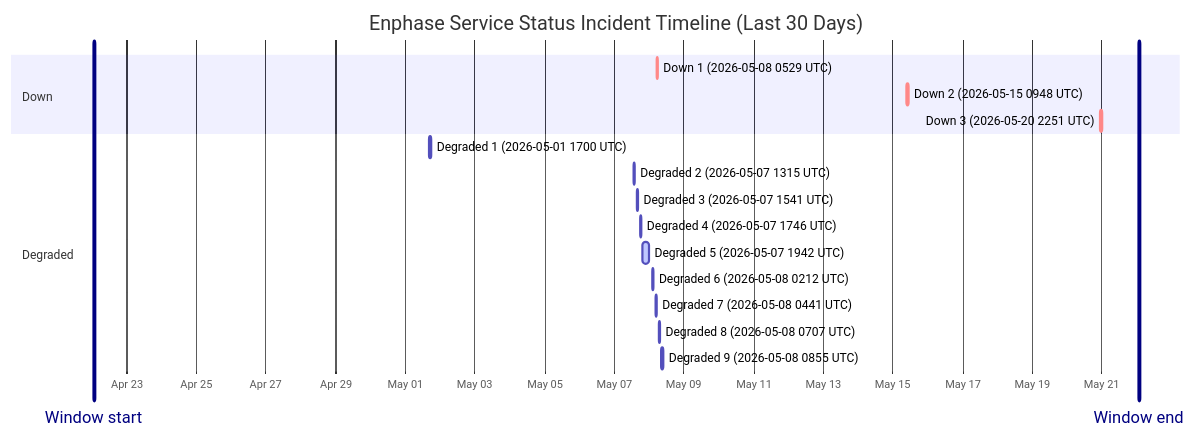
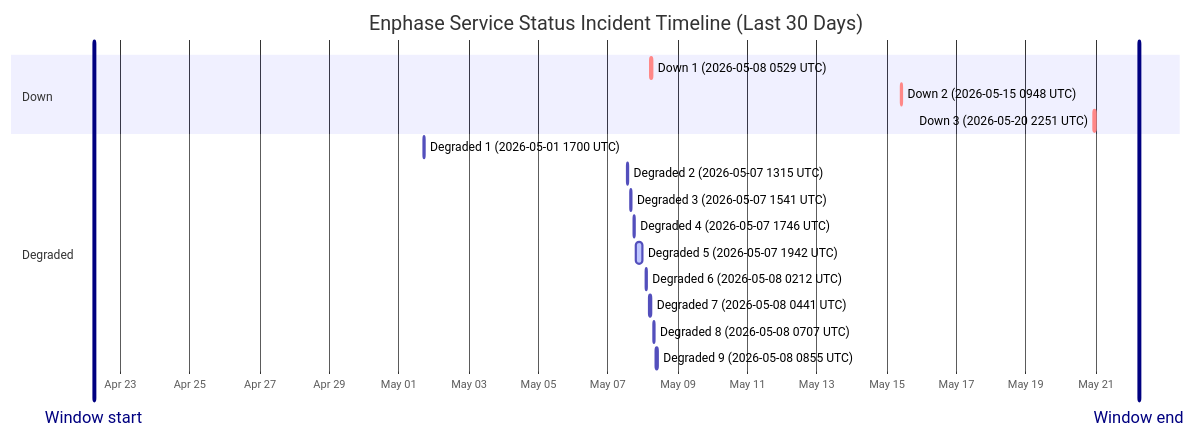
One commit to barneyonline/ha-enphase-ev-charger changed the diagram in wiki/Service-Status-History.md. Above: the diagram before and after it, drawn with Mermaid. The commit also changed other lines of this file and 3 other files, not shown here.

````diff
--- a/wiki/Service-Status-History.md
+++ b/wiki/Service-Status-History.md
@@ -14,22 +14,22 @@
 ```mermaid
 gantt
     title Enphase Service Status Incident Timeline (Last 30 Days)
     dateFormat  YYYY-MM-DDTHH:mm:ss
     axisFormat  %b %d
-    Window start :vert, window-start, 2026-04-22T01:28:22, 0ms
-    Window end :vert, window-end, 2026-05-22T01:28:22, 0ms
+    Window start :vert, window-start, 2026-04-22T05:43:07, 0ms
+    Window end :vert, window-end, 2026-05-22T05:43:07, 0ms
     section Down
     Down 1 (2026-05-08 0529 UTC) :crit, down-1, 2026-05-08T05:29:47, 60m
     Down 2 (2026-05-15 0948 UTC) :crit, down-2, 2026-05-15T09:48:18, 60m
     Down 3 (2026-05-20 2251 UTC) :crit, down-3, 2026-05-20T22:51:14, 75m
     section Degraded
     Degraded 1 (2026-05-01 1700 UTC) :active, degraded-1, 2026-05-01T17:00:22, 60m
     Degraded 2 (2026-05-07 1315 UTC) :active, degraded-2, 2026-05-07T13:15:25, 60m
     Degraded 3 (2026-05-07 1541 UTC) :active, degraded-3, 2026-05-07T15:41:58, 60m
     Degraded 4 (2026-05-07 1746 UTC) :active, degraded-4, 2026-05-07T17:46:51, 60m
     Degraded 5 (2026-05-07 1942 UTC) :active, degraded-5, 2026-05-07T19:42:10, 249m
     Degraded 6 (2026-05-08 0212 UTC) :active, degraded-6, 2026-05-08T02:12:39, 60m
     Degraded 7 (2026-05-08 0441 UTC) :active, degraded-7, 2026-05-08T04:41:46, 60m
     Degraded 8 (2026-05-08 0707 UTC) :active, degraded-8, 2026-05-08T07:07:30, 60m
     Degraded 9 (2026-05-08 0855 UTC) :active, degraded-9, 2026-05-08T08:55:20, 88m
 ```
````
